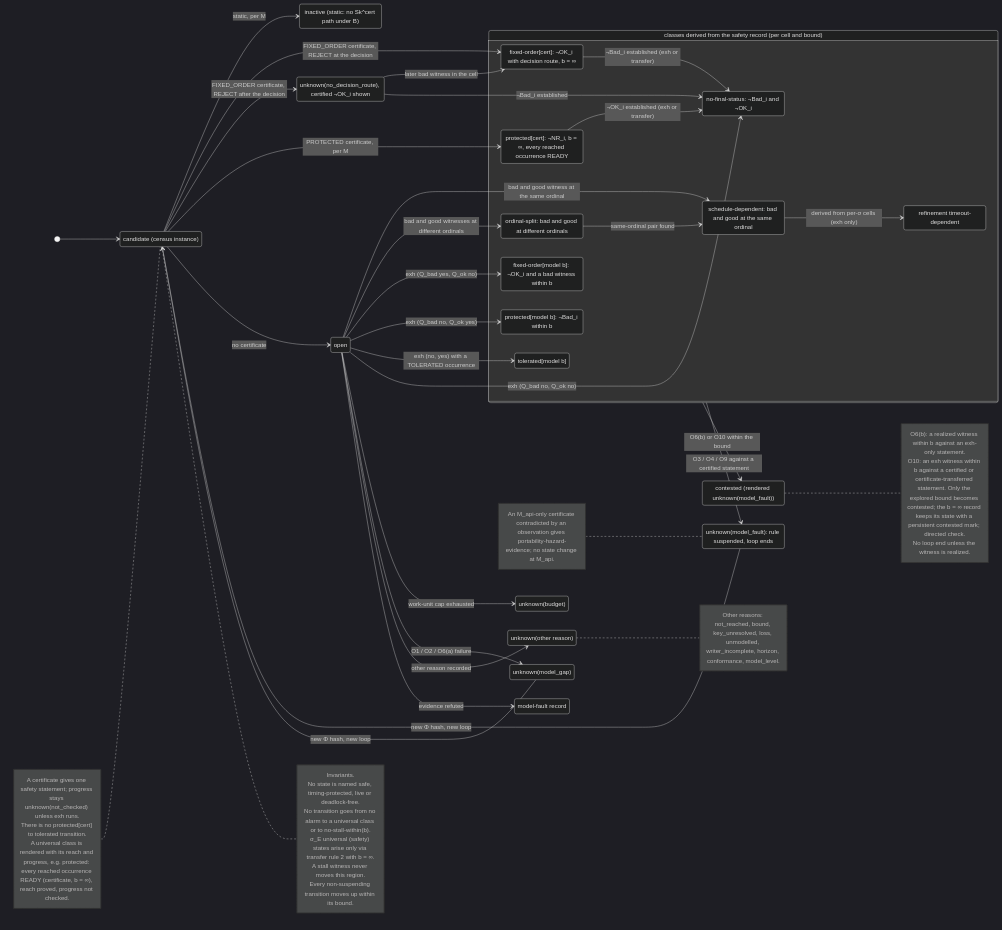
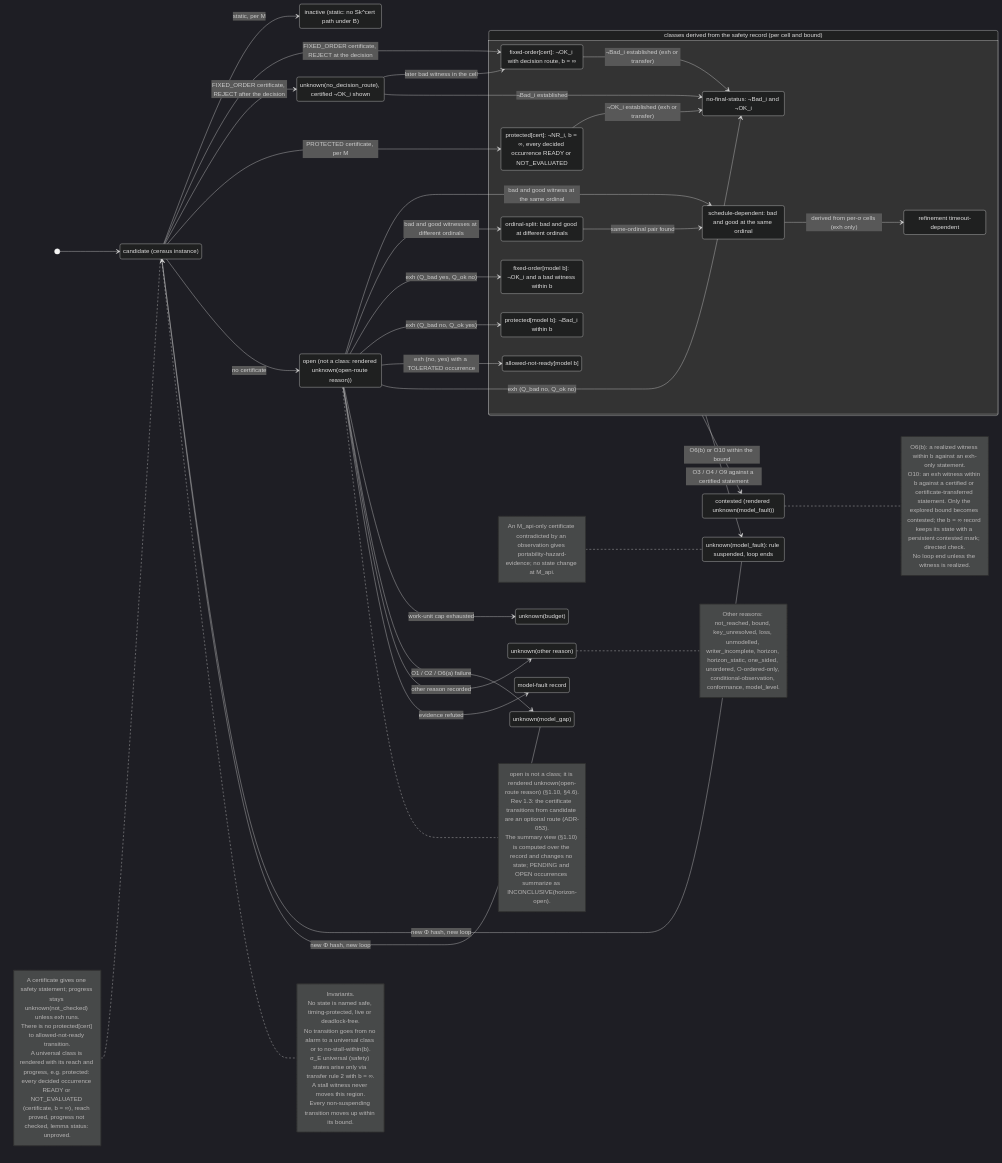
The diagram in research/cfs_procrace/Architecture/diagrams/D6_verdict_overview.mmd (wookjaeya/Shape-Perf), drawn with Mermaid (dark theme) before and after one commit. The commit also changed 41 other files, not shown here.

First line of the commit message:
rev 1.3 diagrams: D0-D4, D6-D9 updated and re-rendered (mermaid-cli 11.17.0); diagrams README at rev 1.3; embedded figure blocks in 01-10 synced with the sources

```diff
--- a/research/cfs_procrace/Architecture/diagrams/D6_verdict_overview.mmd
+++ b/research/cfs_procrace/Architecture/diagrams/D6_verdict_overview.mmd
@@ -1,84 +1,90 @@
 stateDiagram-v2
     direction LR
-    %% D6 overview - class region of the verdict state machine for one (σ, M) cell and bound. Source: spec §12 D6 (rev 1.1); §1.10, §4.12, §4.14.
+    %% D6 overview - class region of the verdict state machine for one (σ, M) cell and bound. Source: spec §12 D6 (rev 1.2; unchanged in rev 1.3); §1.10, §4.12, §4.14; rev 1.3 notes from §1.10 "Summary view" and ADR-053.
     %% The class is a safety classification, a function of the safety record (¬Bad_i, ¬OK_i, ¬NR_i, witnesses with ordinals).
     %% Parallel regions (evidence, naturalness, provider, reach, scope, progress, trust ledger): D6_verdict_axes.mmd.
 
     state "candidate (census instance)" as candidate
-    state "open" as open
+    state "open (not a class: rendered unknown(open-route reason))" as open
     state "inactive (static: no Sk^cert path under B)" as inactive
     state "unknown(no_decision_route), certified ¬OK_i shown" as unkNDR
     state "unknown(budget)" as unkBudget
     state "unknown(model_gap)" as unkGap
     state "unknown(other reason)" as unkOther
     state "unknown(model_fault): rule suspended, loop ends" as unkFault
     state "contested (rendered unknown(model_fault))" as contested
     state "model-fault record" as mfr
 
     state "classes derived from the safety record (per cell and bound)" as classes {
-        state "protected[cert]: ¬NR_i, b = ∞, every reached occurrence READY" as protCert
+        state "protected[cert]: ¬NR_i, b = ∞, every decided occurrence READY or NOT_EVALUATED" as protCert
         state "fixed-order[cert]: ¬OK_i with decision route, b = ∞" as fixCert
         state "protected[model b]: ¬Bad_i within b" as protModel
-        state "tolerated[model b]" as tolModel
+        state "allowed-not-ready[model b]" as tolModel
         state "fixed-order[model b]: ¬OK_i and a bad witness within b" as fixModel
         state "no-final-status: ¬Bad_i and ¬OK_i" as nfs
         state "ordinal-split: bad and good at different ordinals" as ordSplit
         state "schedule-dependent: bad and good at the same ordinal" as schedDep
         state "refinement timeout-dependent" as refine
         protCert --> nfs : ¬OK_i established (exh or transfer)
         fixCert --> nfs : ¬Bad_i established (exh or transfer)
         ordSplit --> schedDep : same-ordinal pair found
         schedDep --> refine : derived from per-σ cells (exh only)
     }
 
     [*] --> candidate
     candidate --> inactive : static, per M
     candidate --> fixCert : FIXED_ORDER certificate, REJECT at the decision
     candidate --> unkNDR : FIXED_ORDER certificate, REJECT after the decision
     candidate --> protCert : PROTECTED certificate, per M
     candidate --> open : no certificate
     unkNDR --> fixCert : later bad witness in the cell
     unkNDR --> nfs : ¬Bad_i established
     open --> schedDep : bad and good witness at the same ordinal
     open --> ordSplit : bad and good witnesses at different ordinals
     open --> fixModel : exh (Q_bad yes, Q_ok no)
     open --> protModel : exh (Q_bad no, Q_ok yes)
     open --> tolModel : exh (no, yes) with a TOLERATED occurrence
     open --> nfs : exh (Q_bad no, Q_ok no)
     open --> unkBudget : work-unit cap exhausted
     open --> unkGap : O1 / O2 / O6(a) failure
     open --> unkOther : other reason recorded
     open --> mfr : evidence refuted
     classes --> unkFault : O3 / O4 / O9 against a certified statement
     classes --> contested : O6(b) or O10 within the bound
     unkFault --> candidate : new Φ hash, new loop
     unkGap --> candidate : new Φ hash, new loop
 
     note right of candidate
         Invariants.
         No state is named safe, timing-protected, live or deadlock-free.
         No transition goes from no alarm to a universal class or to no-stall-within(b).
         σ_E universal (safety) states arise only via transfer rule 2 with b = ∞.
         A stall witness never moves this region.
         Every non-suspending transition moves up within its bound.
     end note
 
     note left of candidate
         A certificate gives one safety statement; progress stays unknown(not_checked) unless exh runs.
-        There is no protected[cert] to tolerated transition.
-        A universal class is rendered with its reach and progress, e.g. protected: every reached occurrence READY (certificate, b = ∞), reach proved, progress not checked.
+        There is no protected[cert] to allowed-not-ready transition.
+        A universal class is rendered with its reach and progress, e.g. protected: every decided occurrence READY or NOT_EVALUATED (certificate, b = ∞), reach proved, progress not checked, lemma status: unproved.
     end note
 
     note right of contested
         O6(b): a realized witness within b against an exh-only statement.
         O10: an exh witness within b against a certified or certificate-transferred statement. Only the explored bound becomes contested; the b = ∞ record keeps its state with a persistent contested mark; directed check.
         No loop end unless the witness is realized.
     end note
 
     note left of unkFault
         An M_api-only certificate contradicted by an observation gives portability-hazard-evidence; no state change at M_api.
     end note
 
+    note right of open
+        open is not a class; it is rendered unknown(open-route reason) (§1.10, §4.6).
+        Rev 1.3: the certificate transitions from candidate are an optional route (ADR-053).
+        The summary view (§1.10) is computed over the record and changes no state; PENDING and OPEN occurrences summarize as INCONCLUSIVE(horizon-open).
+    end note
+
     note right of unkOther
-        Other reasons: not_reached, bound, key_unresolved, loss, unmodelled, writer_incomplete, horizon, conformance, model_level.
+        Other reasons: not_reached, bound, key_unresolved, loss, unmodelled, writer_incomplete, horizon, horizon_static, one_sided, unordered, O-ordered-only, conditional-observation, conformance, model_level.
     end note
```
